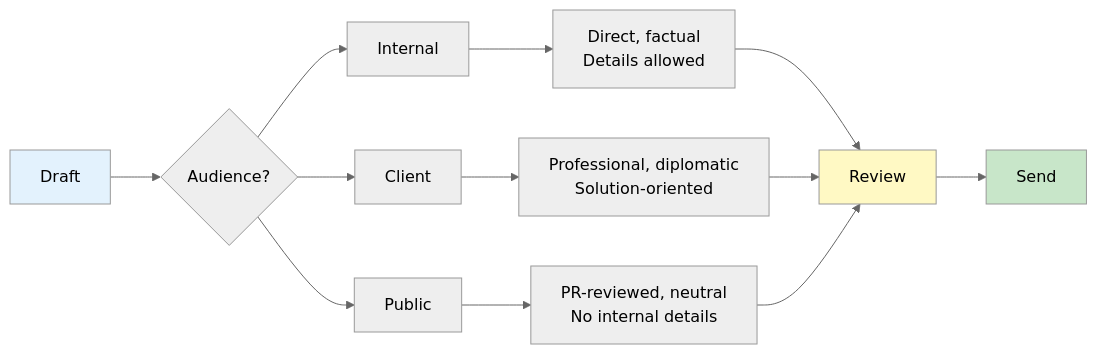
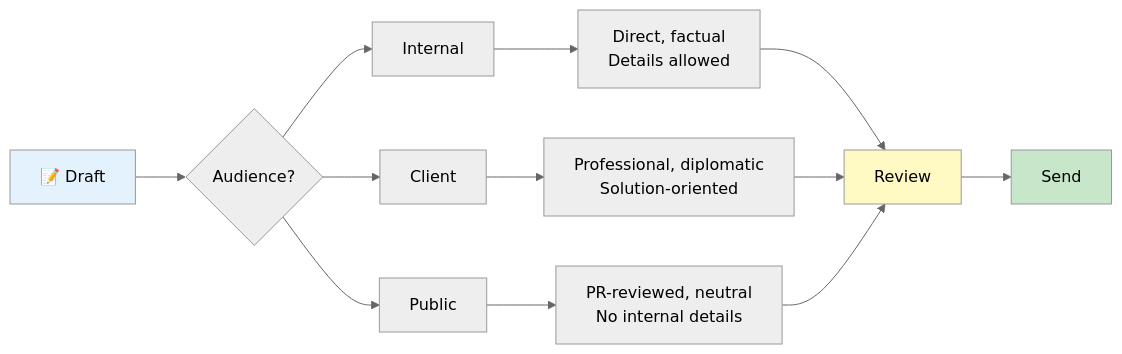
One commit to justinsz/ProPrompt changed the first of 4 diagrams in office_en.md. Above: the diagram before and after it, drawn with Mermaid (neutral theme). The commit also changed other lines of this file and 11 other files, not shown here.

First line of the commit message:
Restore emojis in normal text, keep prompts clean, fix Mermaid syntax

````diff
--- a/office_en.md
+++ b/office_en.md
@@ -104,18 +104,18 @@
 ```mermaid
 flowchart LR
-    A[Draft] --> B{Audience?}
+    A[📝 Draft] --> B{Audience?}
     B --> C[Internal]
     B --> D[Client]
     B --> E[Public]
 
     C --> C1[Direct, factual<br/>Details allowed]
     D --> D1[Professional, diplomatic<br/>Solution-oriented]
     E --> E1[PR-reviewed, neutral<br/>No internal details]
 
     C1 & D1 & E1 --> F[Review]
     F --> G[Send]
 
     style A fill:#e3f2fd
     style F fill:#fff9c4
     style G fill:#c8e6c9
 ```
````
